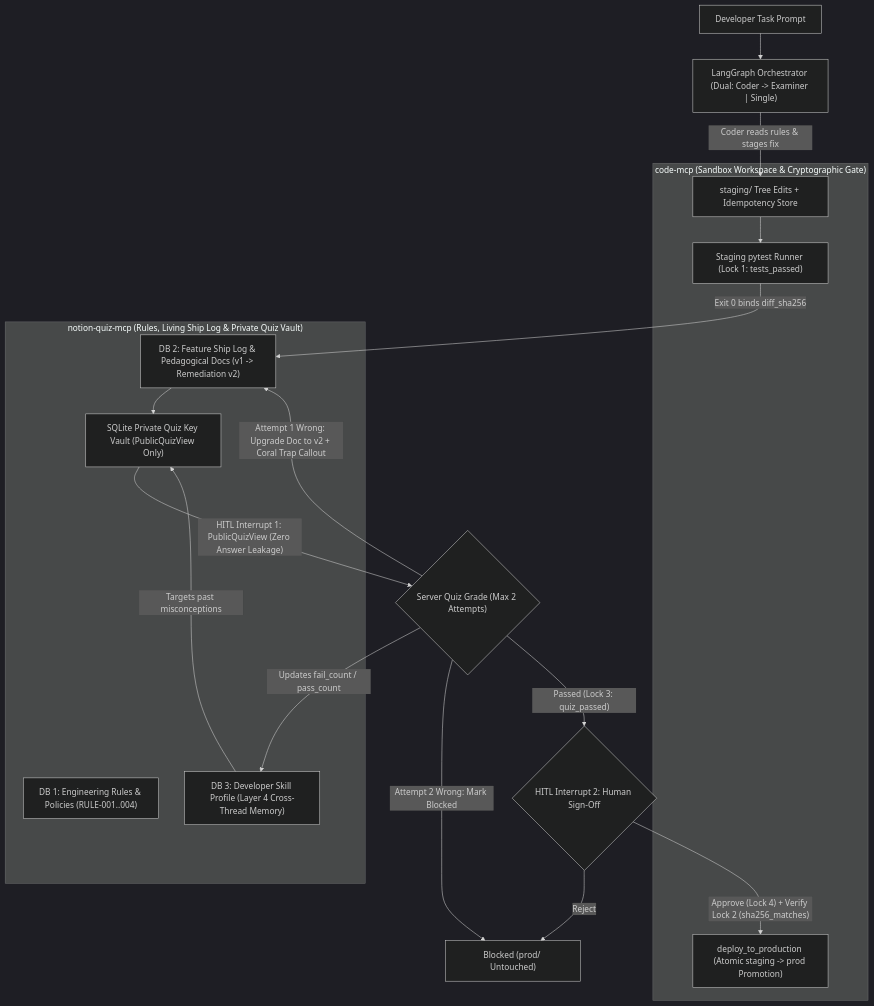
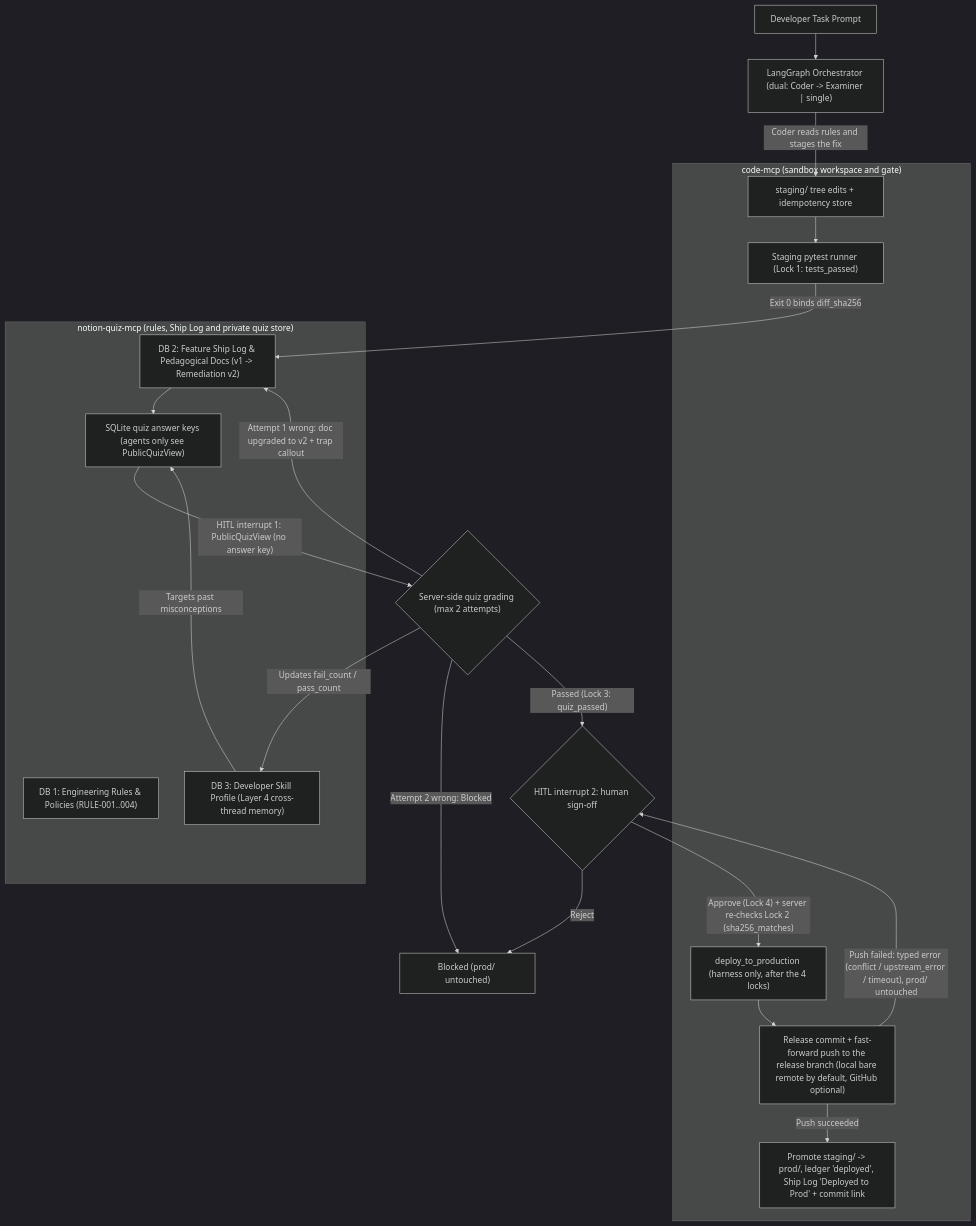
Before and after one commit to jbouniol/no-quiz-no-prod: the diagram in README.md, drawn with Mermaid (dark theme). The commit also changed other lines of this file and 4 other files, not shown here.

First line of the commit message:
docs(readme): report the git release cohort and document the GitHub remote

````diff
--- a/README.md
+++ b/README.md
@@ -9,32 +9,37 @@
 ```mermaid
 flowchart TD
-    Dev["Developer Task Prompt"] --> Graph["LangGraph Orchestrator (Dual: Coder -> Examiner | Single)"]
+    Dev["Developer Task Prompt"] --> Graph["LangGraph Orchestrator (dual: Coder -> Examiner | single)"]
 
-    subgraph MCP1["code-mcp (Sandbox Workspace & Cryptographic Gate)"]
-        Stage["staging/ Tree Edits + Idempotency Store"]
-        Pytest["Staging pytest Runner (Lock 1: tests_passed)"]
-        Deploy["deploy_to_production (Atomic staging -> prod Promotion)"]
+    subgraph MCP1["code-mcp (sandbox workspace and gate)"]
+        Stage["staging/ tree edits + idempotency store"]
+        Pytest["Staging pytest runner (Lock 1: tests_passed)"]
+        Deploy["deploy_to_production (harness only, after the 4 locks)"]
+        Push["Release commit + fast-forward push to the release branch (local bare remote by default, GitHub optional)"]
+        Promote["Promote staging/ -> prod/, ledger 'deployed', Ship Log 'Deployed to Prod' + commit link"]
     end
 
-    subgraph MCP2["notion-quiz-mcp (Rules, Living Ship Log & Private Quiz Vault)"]
+    subgraph MCP2["notion-quiz-mcp (rules, Ship Log and private quiz store)"]
         Rules["DB 1: Engineering Rules & Policies (RULE-001..004)"]
         ShipLog["DB 2: Feature Ship Log & Pedagogical Docs (v1 -> Remediation v2)"]
-        QuizVault["SQLite Private Quiz Key Vault (PublicQuizView Only)"]
-        SkillDB["DB 3: Developer Skill Profile (Layer 4 Cross-Thread Memory)"]
+        QuizVault["SQLite quiz answer keys (agents only see PublicQuizView)"]
+        SkillDB["DB 3: Developer Skill Profile (Layer 4 cross-thread memory)"]
     end
 
-    Graph -->|"Coder reads rules & stages fix"| Stage
+    Graph -->|"Coder reads rules and stages the fix"| Stage
     Stage --> Pytest
     Pytest -->|"Exit 0 binds diff_sha256"| ShipLog
     SkillDB -->|"Targets past misconceptions"| QuizVault
     ShipLog --> QuizVault
 
-    QuizVault -->|"HITL Interrupt 1: PublicQuizView (Zero Answer Leakage)"| QuizGate{"Server Quiz Grade (Max 2 Attempts)"}
-    QuizGate -->|"Attempt 1 Wrong: Upgrade Doc to v2 + Coral Trap Callout"| ShipLog
-    QuizGate -->|"Attempt 2 Wrong: Mark Blocked"| Blocked["Blocked (prod/ Untouched)"]
-    QuizGate -->|"Passed (Lock 3: quiz_passed)"| ApprovalGate{"HITL Interrupt 2: Human Sign-Off"}
+    QuizVault -->|"HITL interrupt 1: PublicQuizView (no answer key)"| QuizGate{"Server-side quiz grading (max 2 attempts)"}
+    QuizGate -->|"Attempt 1 wrong: doc upgraded to v2 + trap callout"| ShipLog
+    QuizGate -->|"Attempt 2 wrong: Blocked"| Blocked["Blocked (prod/ untouched)"]
+    QuizGate -->|"Passed (Lock 3: quiz_passed)"| ApprovalGate{"HITL interrupt 2: human sign-off"}
 
     ApprovalGate -->|"Reject"| Blocked
-    ApprovalGate -->|"Approve (Lock 4) + Verify Lock 2 (sha256_matches)"| Deploy
+    ApprovalGate -->|"Approve (Lock 4) + server re-checks Lock 2 (sha256_matches)"| Deploy
+    Deploy --> Push
+    Push -->|"Push succeeded"| Promote
+    Push -->|"Push failed: typed error (conflict / upstream_error / timeout), prod/ untouched"| ApprovalGate
     QuizGate -->|"Updates fail_count / pass_count"| SkillDB
 ```
````
